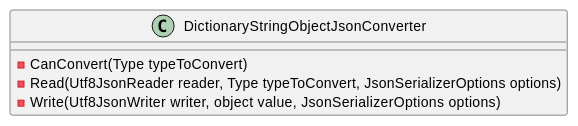
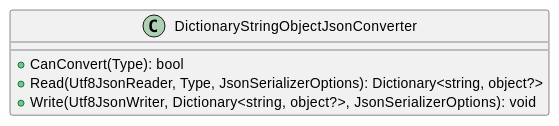
One commit to mwwhited-forks/dotnet-libs changed the fifth of 5 diagrams in docs/generated/Framework/Eliassen.System/Text/Json/Documentation.md. Above: the diagram before and after it, drawn with PlantUML. The commit also changed other lines of this file and 444 other files, not shown here.

````diff
--- a/docs/generated/Framework/Eliassen.System/Text/Json/Documentation.md
+++ b/docs/generated/Framework/Eliassen.System/Text/Json/Documentation.md
@@ -85,10 +86,9 @@
 ```plantuml
 @startuml
 class DictionaryStringObjectJsonConverter {
-  - CanConvert(Type typeToConvert)
-  - Read(Utf8JsonReader reader, Type typeToConvert, JsonSerializerOptions options)
-  - Write(Utf8JsonWriter writer, object value, JsonSerializerOptions options)
+  + CanConvert(Type): bool
+  + Read(Utf8JsonReader, Type, JsonSerializerOptions): Dictionary<string, object?>
+  + Write(Utf8JsonWriter, Dictionary<string, object?>, JsonSerializerOptions): void
 }
-
 @enduml
 ```
````
